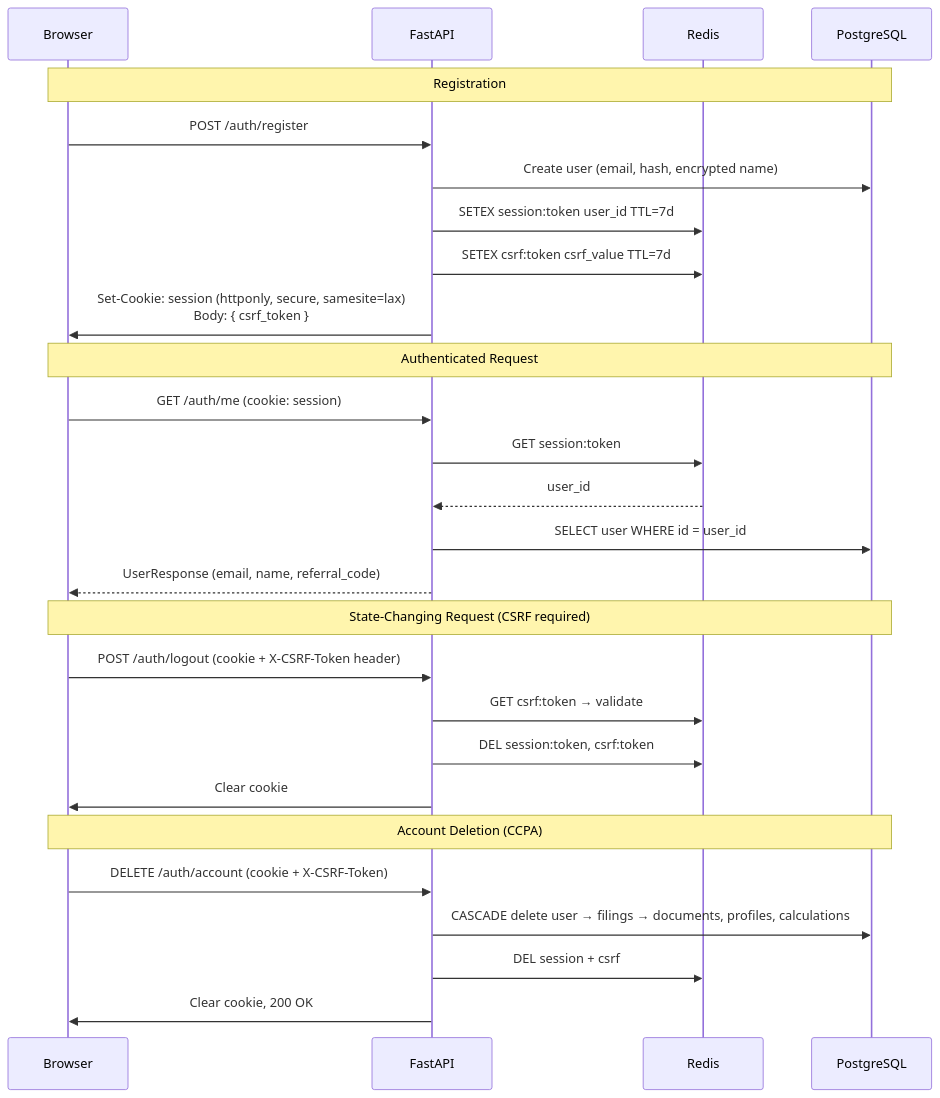
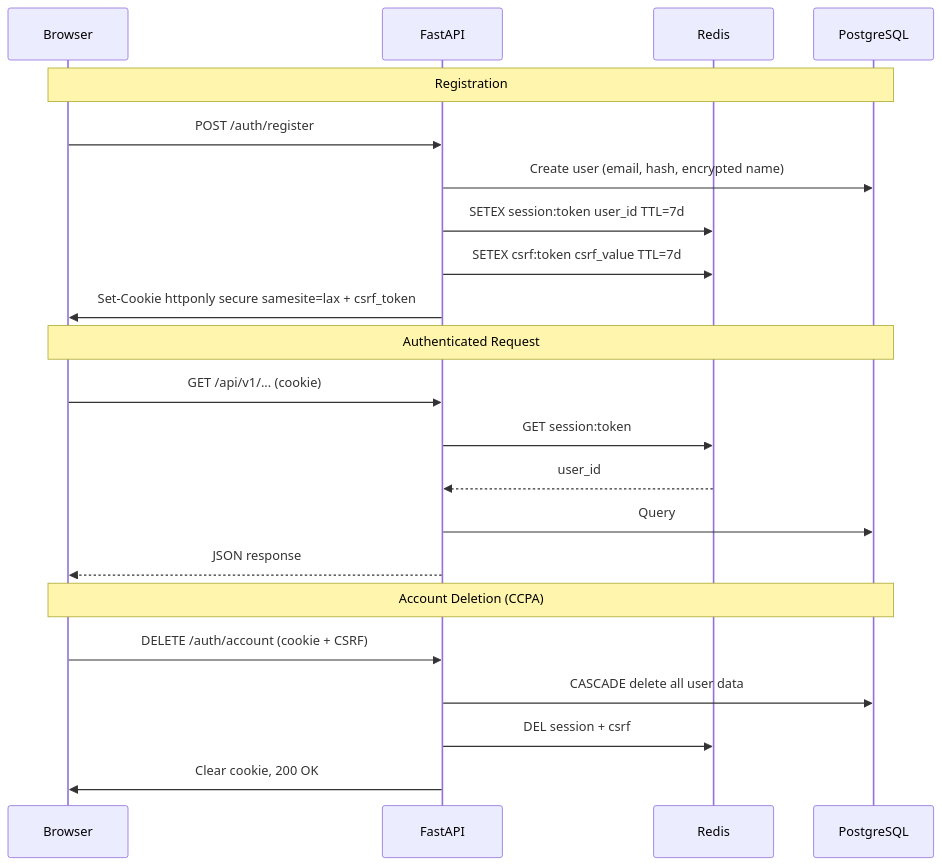
The fourth of 12 diagrams in docs/ARCHITECTURE.md (paperwork-labs/paperwork), drawn with Mermaid before and after one commit. The commit also changed other lines of this file and 30 other files, not shown here.

````diff
--- a/docs/ARCHITECTURE.md
+++ b/docs/ARCHITECTURE.md
@@ -67,33 +237,27 @@
 ```mermaid
 sequenceDiagram
     participant Browser
     participant FastAPI
     participant Redis
     participant PostgreSQL
 
     note over Browser,PostgreSQL: Registration
     Browser->>FastAPI: POST /auth/register
     FastAPI->>PostgreSQL: Create user (email, hash, encrypted name)
     FastAPI->>Redis: SETEX session:token user_id TTL=7d
     FastAPI->>Redis: SETEX csrf:token csrf_value TTL=7d
-    FastAPI->>Browser: Set-Cookie: session (httponly, secure, samesite=lax)<br/>Body: { csrf_token }
+    FastAPI->>Browser: Set-Cookie httponly secure samesite=lax + csrf_token
 
     note over Browser,PostgreSQL: Authenticated Request
-    Browser->>FastAPI: GET /auth/me (cookie: session)
+    Browser->>FastAPI: GET /api/v1/... (cookie)
     FastAPI->>Redis: GET session:token
     Redis-->>FastAPI: user_id
-    FastAPI->>PostgreSQL: SELECT user WHERE id = user_id
-    FastAPI-->>Browser: UserResponse (email, name, referral_code)
-
-    note over Browser,PostgreSQL: State-Changing Request (CSRF required)
-    Browser->>FastAPI: POST /auth/logout (cookie + X-CSRF-Token header)
-    FastAPI->>Redis: GET csrf:token → validate
-    FastAPI->>Redis: DEL session:token, csrf:token
-    FastAPI->>Browser: Clear cookie
+    FastAPI->>PostgreSQL: Query
+    FastAPI-->>Browser: JSON response
 
     note over Browser,PostgreSQL: Account Deletion (CCPA)
-    Browser->>FastAPI: DELETE /auth/account (cookie + X-CSRF-Token)
-    FastAPI->>PostgreSQL: CASCADE delete user → filings → documents, profiles, calculations
+    Browser->>FastAPI: DELETE /auth/account (cookie + CSRF)
+    FastAPI->>PostgreSQL: CASCADE delete all user data
     FastAPI->>Redis: DEL session + csrf
     FastAPI->>Browser: Clear cookie, 200 OK
 ```
````
